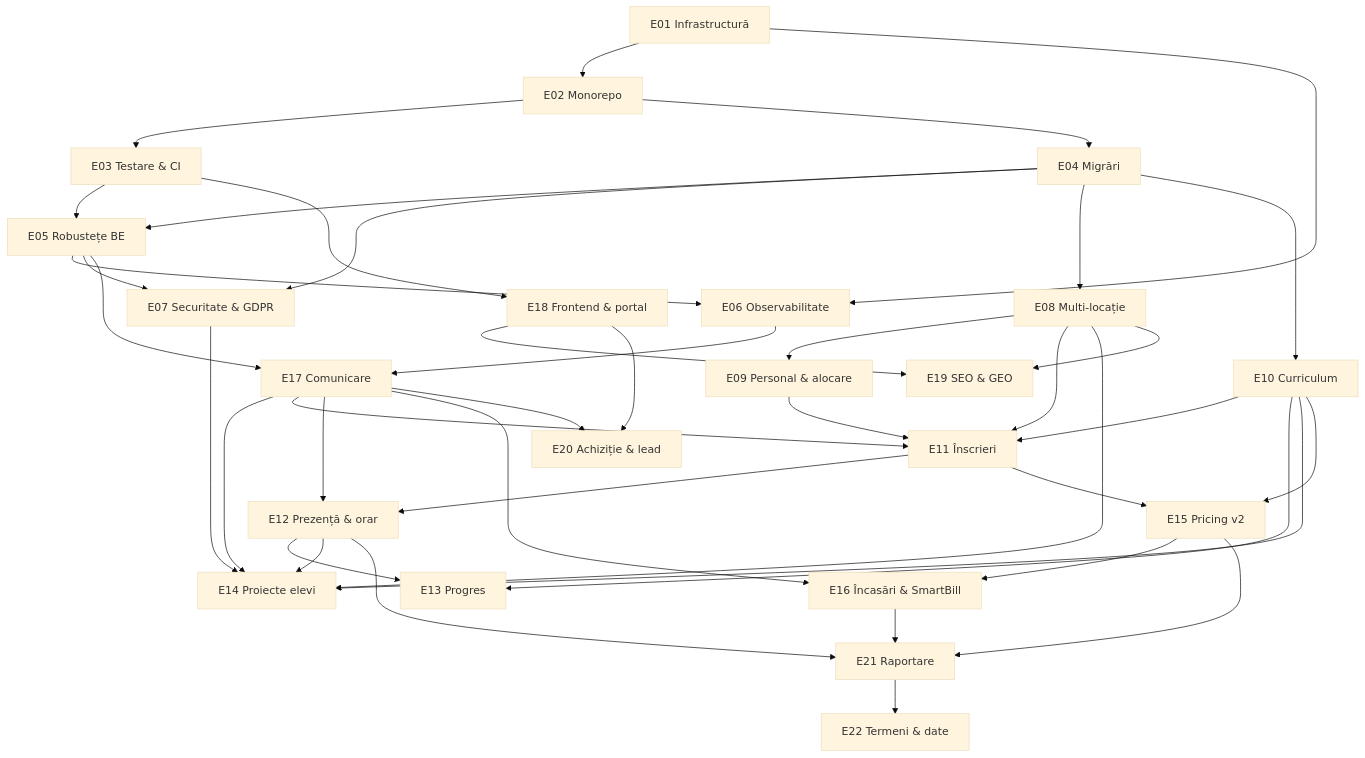
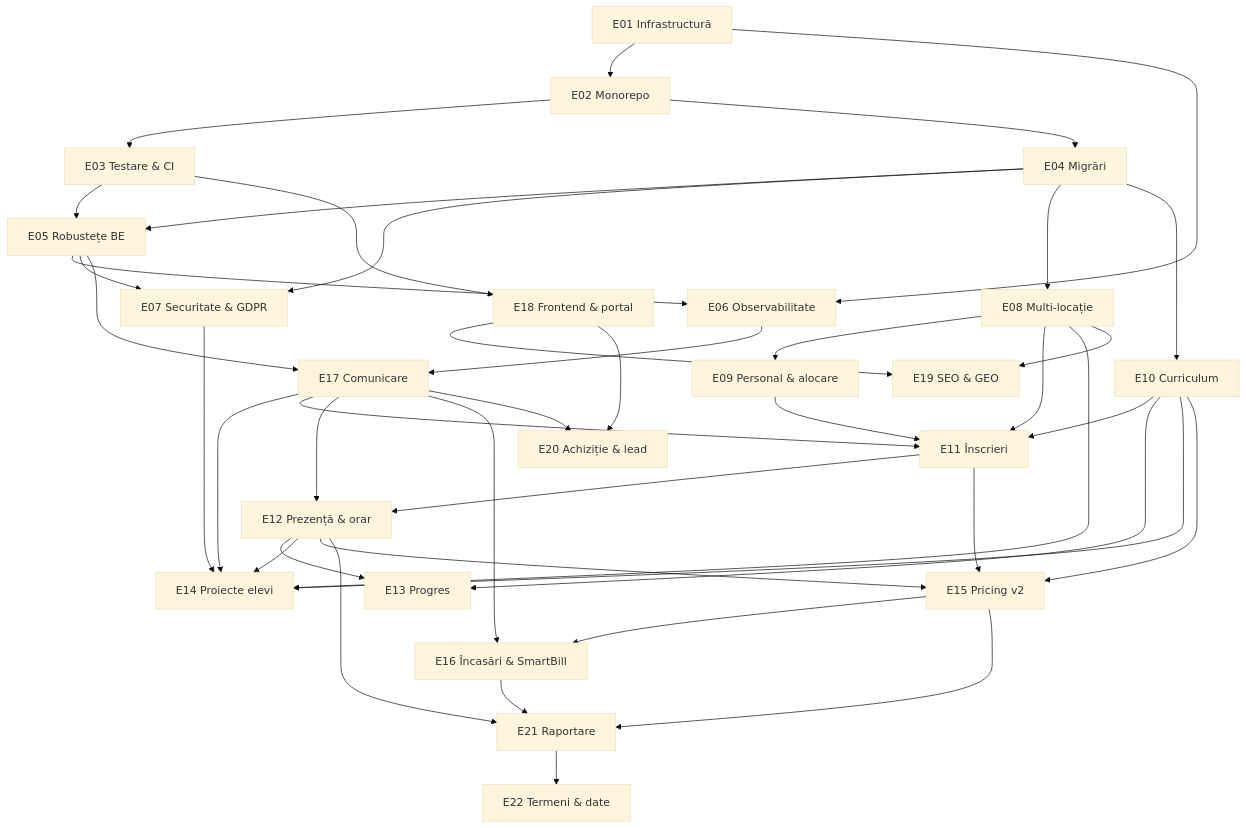
Before and after one commit to AlexePaul/ITBridge: the diagram in docs/epics/README.md, drawn with Mermaid (base theme). The commit also changed other lines of this file and 3 other files, not shown here.

````diff
--- a/docs/epics/README.md
+++ b/docs/epics/README.md
@@ -156,43 +156,44 @@
 ```mermaid
 graph TD
   E01[E01 Infrastructură] --> E02[E02 Monorepo]
   E02 --> E03[E03 Testare & CI]
   E02 --> E04[E04 Migrări]
   E03 --> E05[E05 Robustețe BE]
   E04 --> E05
   E01 --> E06[E06 Observabilitate]
   E05 --> E06
   E04 --> E07[E07 Securitate & GDPR]
   E05 --> E07
   E04 --> E08[E08 Multi-locație]
   E08 --> E09[E09 Personal & alocare]
   E04 --> E10[E10 Curriculum]
   E08 --> E11[E11 Înscrieri]
   E09 --> E11
   E10 --> E11
   E11 --> E12[E12 Prezență & orar]
   E10 --> E13[E13 Progres]
   E12 --> E13
   E07 --> E14[E14 Proiecte elevi]
   E08 --> E14
   E10 --> E14
   E12 --> E14
   E17 --> E14
   E10 --> E15[E15 Pricing v2]
   E11 --> E15
+  E12 --> E15
   E15 --> E16[E16 Încasări & SmartBill]
   E05 --> E17[E17 Comunicare]
   E06 --> E17
   E17 --> E11
   E17 --> E12
   E17 --> E16
   E03 --> E18[E18 Frontend & portal]
   E08 --> E19[E19 SEO & GEO]
   E18 --> E19
   E17 --> E20[E20 Achiziție & lead]
   E18 --> E20
   E12 --> E21[E21 Raportare]
   E15 --> E21
   E16 --> E21
   E21 --> E22[E22 Termeni & date]
 ```
````
